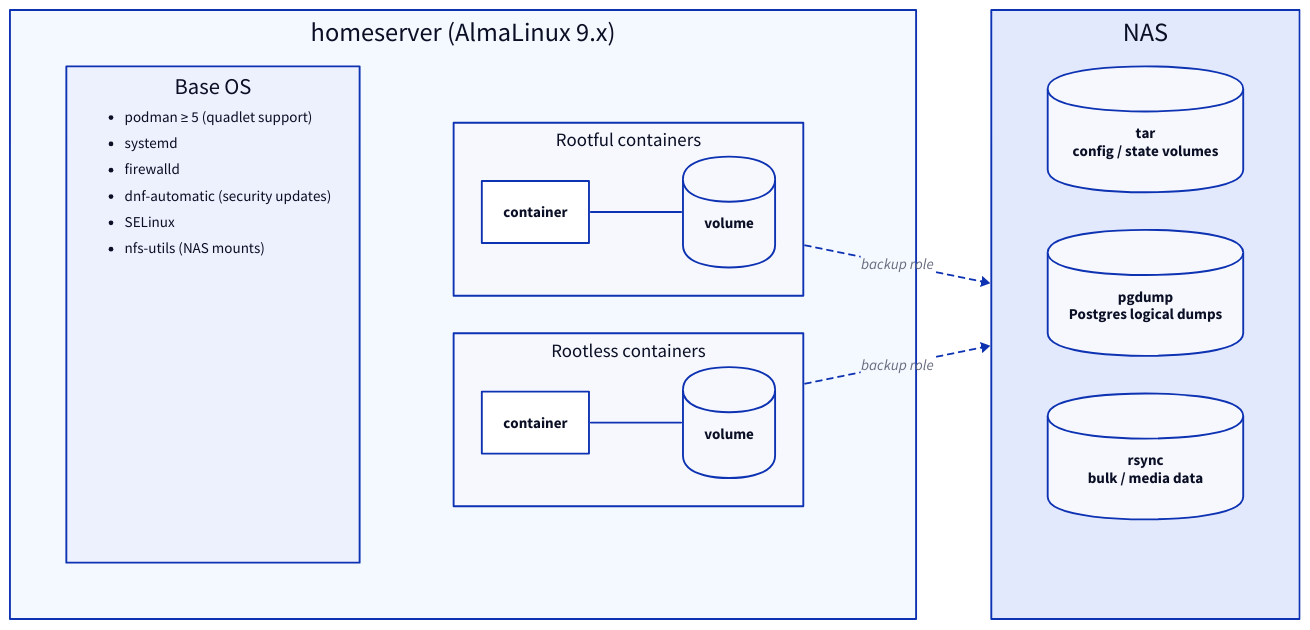
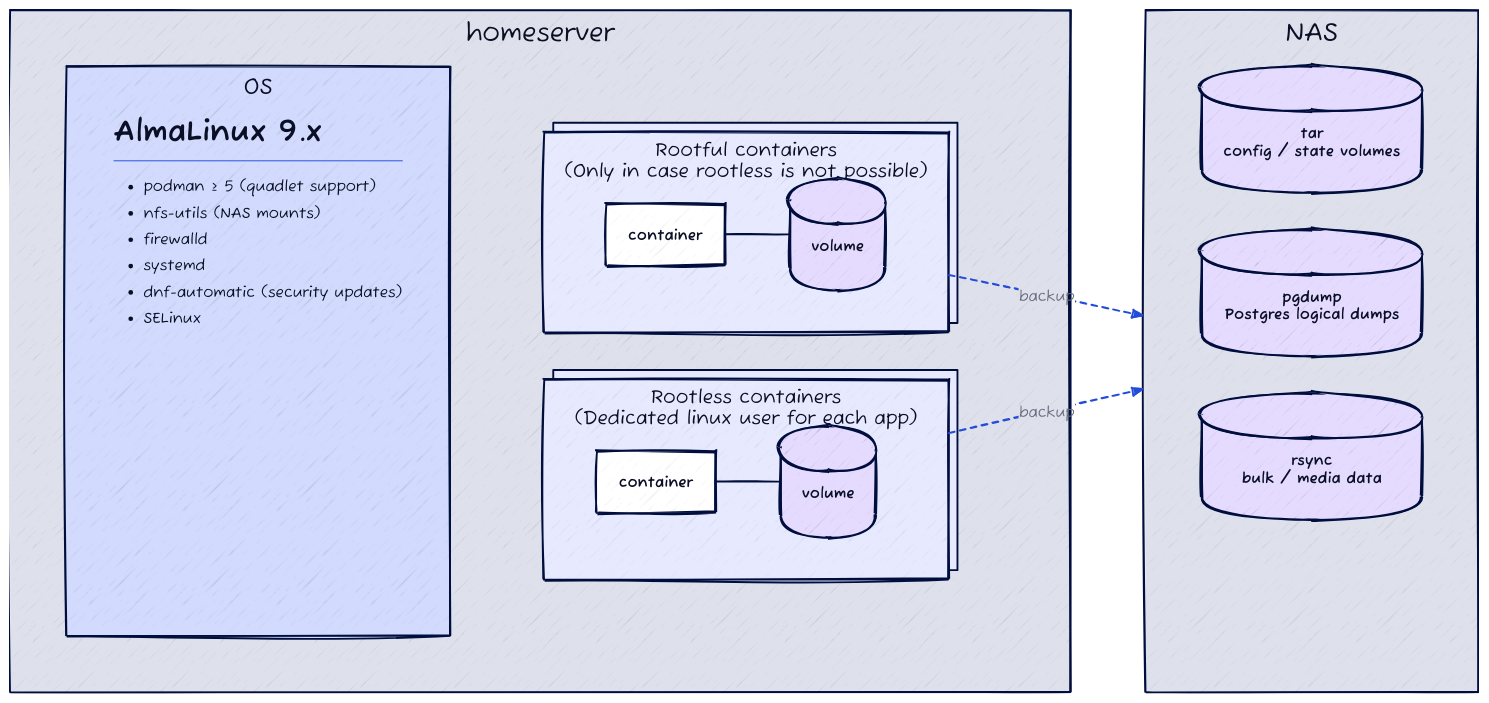
Before and after one commit to luckynrslevin/home-server: the diagram in docs/diagrams/technical.d2, drawn with D2. The commit also changed 6 other files, not shown here.

```diff
--- a/docs/diagrams/technical.d2
+++ b/docs/diagrams/technical.d2
@@ -1,65 +1,90 @@
 # Technical-architecture perspective: rootful + rootless containers
 # wired into the host's systemd via podman quadlets, with an external
 # NAS receiving backups in three flavours (tar / pgdump / rsync).
 #
 # Render: d2 docs/diagrams/technical.d2 docs/diagrams/technical.svg
 
 # Top-level 2-column grid: homeserver (left, contains OS + containers)
 # | NAS (right).
+
+vars: {
+  d2-config: {
+    theme-id: 3 # terrastruct
+    sketch: true
+    layout-engine: elk
+  }
+  colors: {
+    c2: "#C7F1FF" # light turkuaz
+    c3: "#B5AFF6" # dark purple
+    c4: "#DEE1EB" # gray
+    c5: "#88DCF7" # turkuaz
+    c6: "#E4DBFE" # purple
+  }
+}
 grid-columns: 2
 horizontal-gap: 80
 
-homeserver: "homeserver (AlmaLinux 9.x)" {
+homeserver: "homeserver" {
   label.near: top-center
-  style.fill: "#f4f8ff"
+  style.fill: ${colors.c4}
 
   # Inside homeserver: 2 columns — Base OS on the left, containers
   # (rootful + rootless stacked) on the right.
   grid-columns: 2
 
-  os: "Base OS" {
+  os: "OS" {
     label.near: top-center
     packages: |md
+      # AlmaLinux 9.x
       - podman ≥ 5 (quadlet support)
+      - nfs-utils (NAS mounts)
+      - firewalld
       - systemd
-      - firewalld
       - dnf-automatic (security updates)
       - SELinux
-      - nfs-utils (NAS mounts)
     |
   }
 
   # Invisible wrapper so rootful + rootless stack vertically as one
   # column to the right of Base OS.
   workloads: "" {
     style.opacity: 0
     grid-rows: 2
 
-    rootful: "Rootful containers" {
+    rootful: "Rootful containers\n(Only in case rootless is not possible)" {
+      style.multiple: true
       label.near: top-center
       direction: right
       container: "container"
       volume: "volume" { shape: cylinder }
       container -- volume
     }
 
-    rootless: "Rootless containers" {
+    rootless: "Rootless containers\n(Dedicated linux user for each app)" {
+      style.multiple: true
       label.near: top-center
       direction: right
       container: "container"
       volume: "volume" { shape: cylinder }
       container -- volume
     }
   }
 }
 
 nas: "NAS" {
   label.near: top-center
+  style.fill: ${colors.c4}
   grid-columns: 1
   tar: "tar\nconfig / state volumes" { shape: cylinder }
   pgdump: "pgdump\nPostgres logical dumps" { shape: cylinder }
   rsync: "rsync\nbulk / media data" { shape: cylinder }
 }
 
-homeserver.workloads.rootful -> nas: "backup role" { style.stroke-dash: 3 }
-homeserver.workloads.rootless -> nas: "backup role" { style.stroke-dash: 3 }
+homeserver.workloads.rootful -> nas: "backup" {
+  style.stroke-dash: 3
+  style.animated: true
+  }
+homeserver.workloads.rootless -> nas: "backup" {
+  style.stroke-dash: 3
+  style.animated: true
+  }
```
